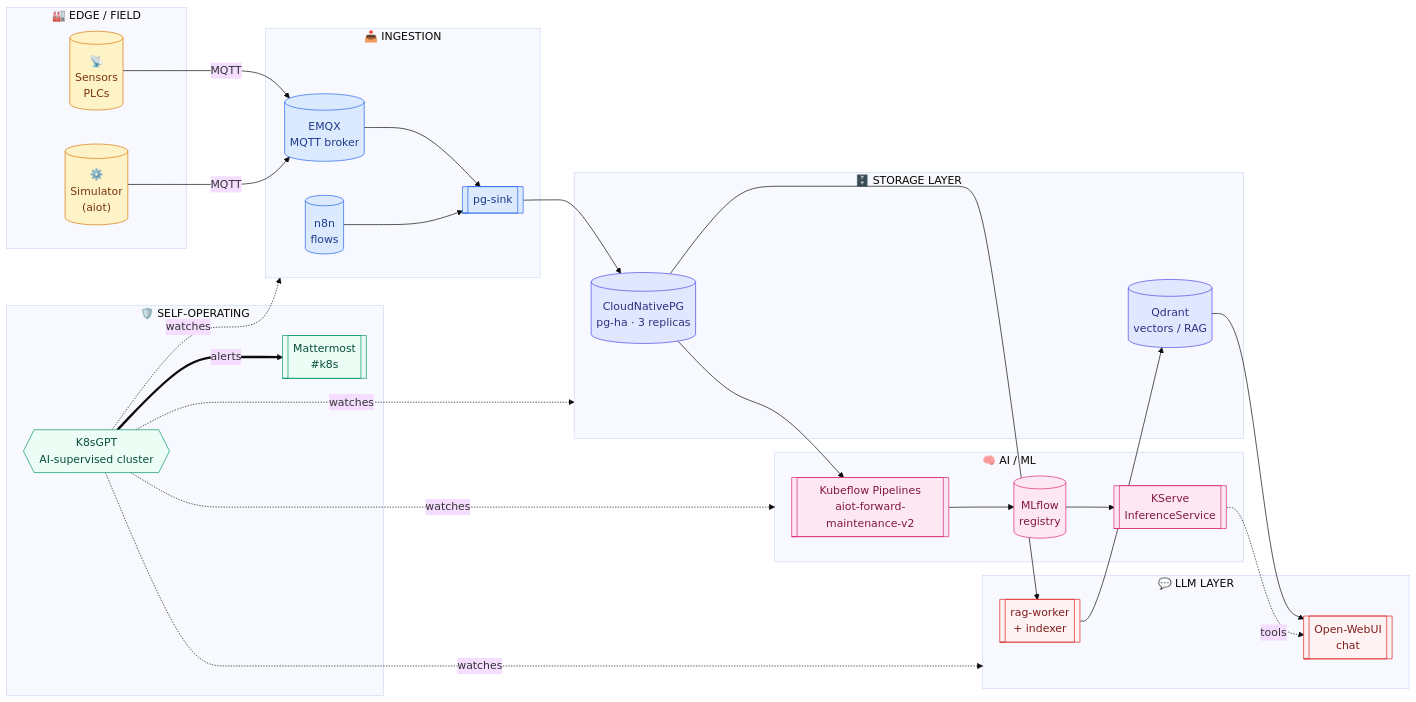
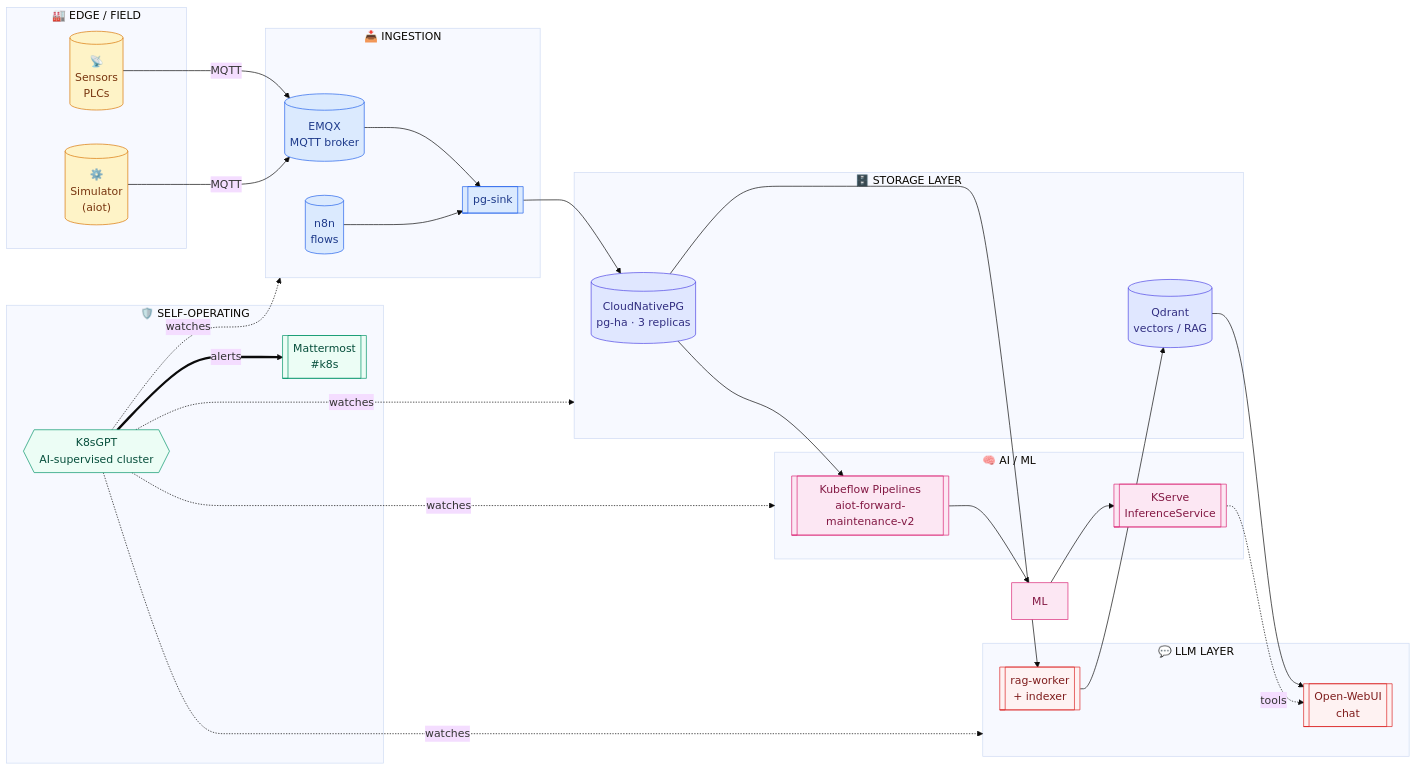
Before and after one commit to ondrejnr/aiot-platform: the second of 5 diagrams in README.md, drawn with Mermaid (base theme). The commit also changed other lines of this file and 55 other files, not shown here.

````diff
--- a/README.md
+++ b/README.md
@@ -77,65 +77,64 @@
 ```mermaid
 flowchart LR
     subgraph EDGE["🏭 EDGE / FIELD"]
         S1[("📡<br/>Sensors<br/>PLCs")]
         S2[("⚙️<br/>Simulator<br/>(aiot)")]
     end
 
     subgraph INGEST["📥 INGESTION"]
         MQ[("EMQX<br/>MQTT broker")]
         N8[("n8n<br/>flows")]
         SINK[["pg-sink"]]
     end
 
     subgraph STORE["🗄️ STORAGE LAYER"]
         PG[("CloudNativePG<br/>pg-ha · 3 replicas")]
         QD[("Qdrant<br/>vectors / RAG")]
     end
 
     subgraph AI["🧠 AI / ML"]
         KF[["Kubeflow Pipelines<br/>aiot-forward-maintenance-v2"]]
-        ML[("MLflow<br/>registry")]
         KS[["KServe<br/>InferenceService"]]
     end
 
     subgraph LLM["💬 LLM LAYER"]
         OW[["Open-WebUI<br/>chat"]]
         RAG[["rag-worker<br/>+ indexer"]]
     end
 
     subgraph OPS["🛡️ SELF-OPERATING"]
         KG{{"K8sGPT<br/>AI-supervised cluster"}}
         MM[["Mattermost<br/>#k8s"]]
     end
 
     S1 & S2 -->|MQTT| MQ
     MQ --> SINK
     N8 --> SINK
     SINK --> PG
     PG --> KF
     KF --> ML
     ML --> KS
     PG --> RAG
     RAG --> QD
     QD --> OW
     KS -.tools.-> OW
 
     KG -.watches.-> INGEST
     KG -.watches.-> STORE
     KG -.watches.-> AI
     KG -.watches.-> LLM
     KG ==alerts==> MM
 
     classDef edge fill:#fef3c7,stroke:#d97706,color:#78350f
     classDef ingest fill:#dbeafe,stroke:#2563eb,color:#1e3a8a
     classDef store fill:#e0e7ff,stroke:#4f46e5,color:#312e81
     classDef ai fill:#fce7f3,stroke:#db2777,color:#831843
     classDef llm fill:#fef2f2,stroke:#dc2626,color:#7f1d1d
     classDef ops fill:#ecfdf5,stroke:#059669,color:#064e3b
     class S1,S2 edge
     class MQ,N8,SINK ingest
     class PG,QD store
     class KF,ML,KS ai
     class OW,RAG llm
     class KG,MM ops
 ```
````
